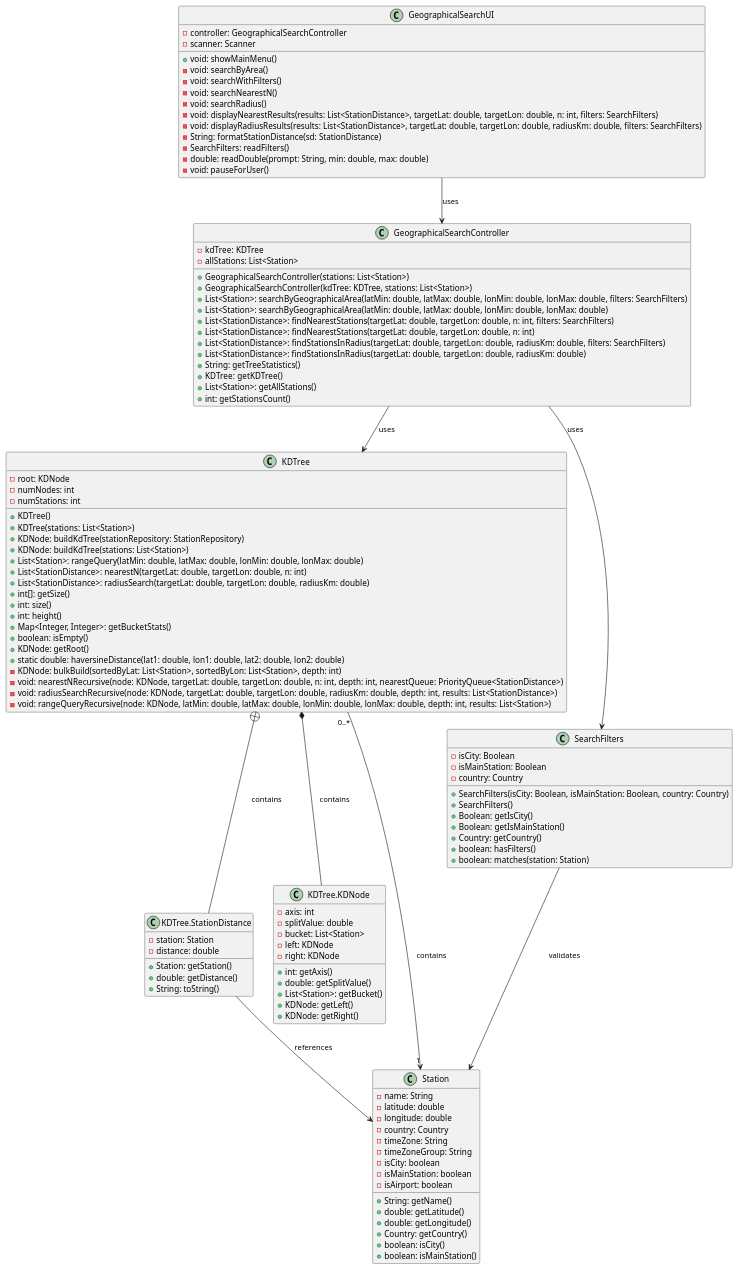
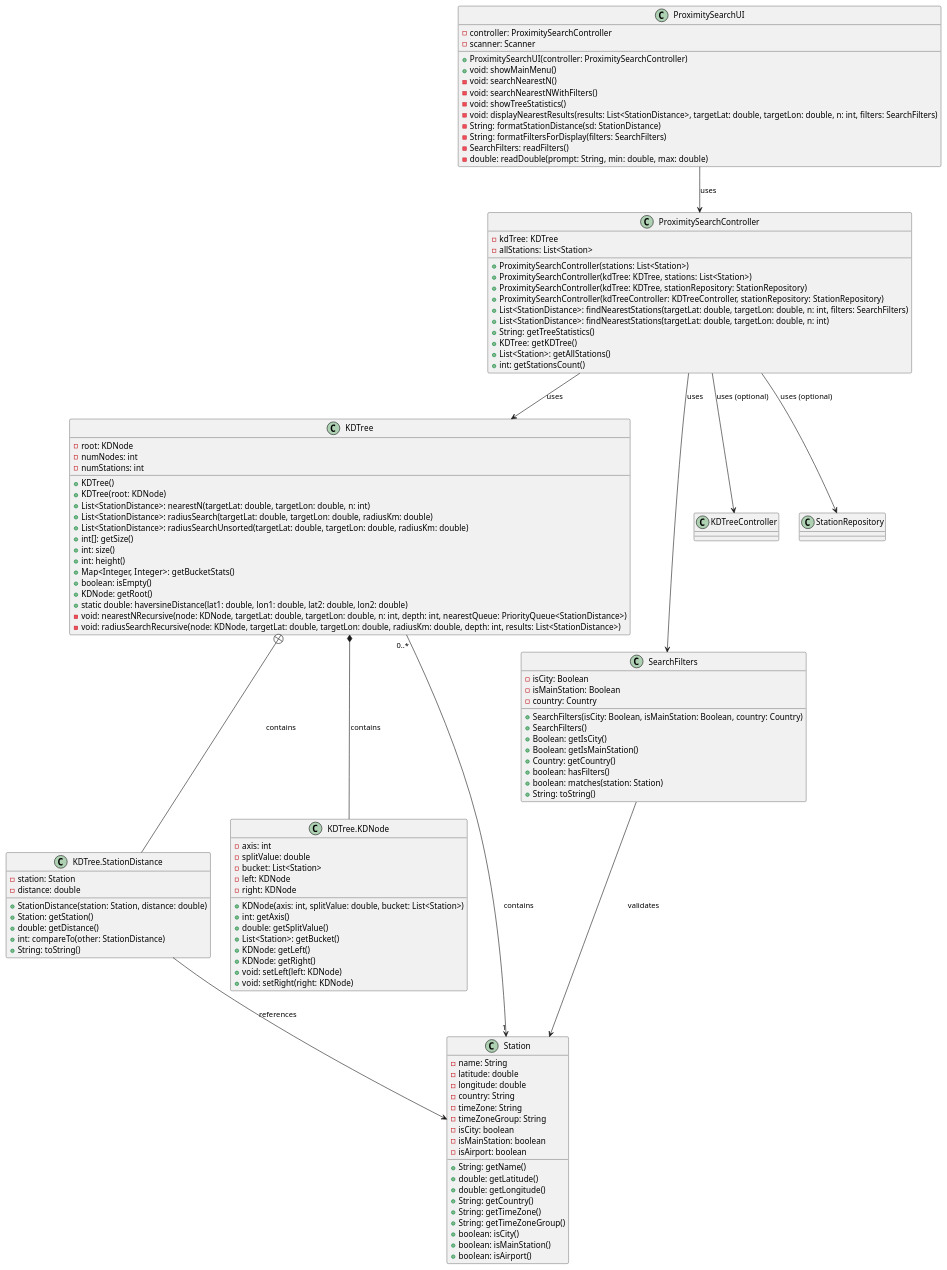
Before and after one commit to Andremonteiro1240850/RailwayNetwork: the diagram in doc/USEI09/ClassDiagram.puml, drawn with PlantUML. The commit also changed 5 other files, not shown here.

Commit message:
#29 #25 #30 Complexity and class diagrams

```diff
--- a/doc/USEI09/ClassDiagram.puml
+++ b/doc/USEI09/ClassDiagram.puml
@@ -1,133 +1,138 @@
 @startuml
 'https://plantuml.com/class-diagram
 
 ' --- Pacotes para organização ---
 
-class GeographicalSearchUI {
-    - controller: GeographicalSearchController
+class ProximitySearchUI {
+    - controller: ProximitySearchController
     - scanner: Scanner
+    + ProximitySearchUI(controller: ProximitySearchController)
     + void: showMainMenu()
-    - void: searchByArea()
-    - void: searchWithFilters()
     - void: searchNearestN()
-    - void: searchRadius()
+    - void: searchNearestNWithFilters()
+    - void: showTreeStatistics()
     - void: displayNearestResults(results: List<StationDistance>, targetLat: double, targetLon: double, n: int, filters: SearchFilters)
-    - void: displayRadiusResults(results: List<StationDistance>, targetLat: double, targetLon: double, radiusKm: double, filters: SearchFilters)
     - String: formatStationDistance(sd: StationDistance)
+    - String: formatFiltersForDisplay(filters: SearchFilters)
     - SearchFilters: readFilters()
     - double: readDouble(prompt: String, min: double, max: double)
-    - void: pauseForUser()
 }
 
 
-class GeographicalSearchController {
+class ProximitySearchController {
     - kdTree: KDTree
     - allStations: List<Station>
-    + GeographicalSearchController(stations: List<Station>)
-    + GeographicalSearchController(kdTree: KDTree, stations: List<Station>)
-    + List<Station>: searchByGeographicalArea(latMin: double, latMax: double, lonMin: double, lonMax: double, filters: SearchFilters)
-    + List<Station>: searchByGeographicalArea(latMin: double, latMax: double, lonMin: double, lonMax: double)
+    + ProximitySearchController(stations: List<Station>)
+    + ProximitySearchController(kdTree: KDTree, stations: List<Station>)
+    + ProximitySearchController(kdTree: KDTree, stationRepository: StationRepository)
+    + ProximitySearchController(kdTreeController: KDTreeController, stationRepository: StationRepository)
     + List<StationDistance>: findNearestStations(targetLat: double, targetLon: double, n: int, filters: SearchFilters)
     + List<StationDistance>: findNearestStations(targetLat: double, targetLon: double, n: int)
-    + List<StationDistance>: findStationsInRadius(targetLat: double, targetLon: double, radiusKm: double, filters: SearchFilters)
-    + List<StationDistance>: findStationsInRadius(targetLat: double, targetLon: double, radiusKm: double)
     + String: getTreeStatistics()
     + KDTree: getKDTree()
     + List<Station>: getAllStations()
     + int: getStationsCount()
 }
 
 
 class KDTree {
     - root: KDNode
     - numNodes: int
     - numStations: int
     + KDTree()
-    + KDTree(stations: List<Station>)
-    + KDNode: buildKdTree(stationRepository: StationRepository)
-    + KDNode: buildKdTree(stations: List<Station>)
-    + List<Station>: rangeQuery(latMin: double, latMax: double, lonMin: double, lonMax: double)
+    + KDTree(root: KDNode)
     + List<StationDistance>: nearestN(targetLat: double, targetLon: double, n: int)
     + List<StationDistance>: radiusSearch(targetLat: double, targetLon: double, radiusKm: double)
+    + List<StationDistance>: radiusSearchUnsorted(targetLat: double, targetLon: double, radiusKm: double)
     + int[]: getSize()
     + int: size()
     + int: height()
     + Map<Integer, Integer>: getBucketStats()
     + boolean: isEmpty()
     + KDNode: getRoot()
     + static double: haversineDistance(lat1: double, lon1: double, lat2: double, lon2: double)
-    - KDNode: bulkBuild(sortedByLat: List<Station>, sortedByLon: List<Station>, depth: int)
     - void: nearestNRecursive(node: KDNode, targetLat: double, targetLon: double, n: int, depth: int, nearestQueue: PriorityQueue<StationDistance>)
     - void: radiusSearchRecursive(node: KDNode, targetLat: double, targetLon: double, radiusKm: double, depth: int, results: List<StationDistance>)
-    - void: rangeQueryRecursive(node: KDNode, latMin: double, latMax: double, lonMin: double, lonMax: double, depth: int, results: List<Station>)
 }
 
 class "KDTree.StationDistance" as StationDistance {
     - station: Station
     - distance: double
+    + StationDistance(station: Station, distance: double)
     + Station: getStation()
     + double: getDistance()
+    + int: compareTo(other: StationDistance)
     + String: toString()
 }
 
 class "KDTree.KDNode" as KDNode {
     - axis: int
     - splitValue: double
     - bucket: List<Station>
     - left: KDNode
     - right: KDNode
+    + KDNode(axis: int, splitValue: double, bucket: List<Station>)
     + int: getAxis()
     + double: getSplitValue()
     + List<Station>: getBucket()
     + KDNode: getLeft()
     + KDNode: getRight()
+    + void: setLeft(left: KDNode)
+    + void: setRight(right: KDNode)
 }
 
 class Station {
     - name: String
     - latitude: double
     - longitude: double
-    - country: Country
+    - country: String
     - timeZone: String
     - timeZoneGroup: String
     - isCity: boolean
     - isMainStation: boolean
     - isAirport: boolean
     + String: getName()
     + double: getLatitude()
     + double: getLongitude()
-    + Country: getCountry()
+    + String: getCountry()
+    + String: getTimeZone()
+    + String: getTimeZoneGroup()
     + boolean: isCity()
     + boolean: isMainStation()
+    + boolean: isAirport()
 }
 
 class SearchFilters {
     - isCity: Boolean
     - isMainStation: Boolean
     - country: Country
     + SearchFilters(isCity: Boolean, isMainStation: Boolean, country: Country)
     + SearchFilters()
     + Boolean: getIsCity()
     + Boolean: getIsMainStation()
     + Country: getCountry()
     + boolean: hasFilters()
     + boolean: matches(station: Station)
+    + String: toString()
 }
 
 ' --- Relações ---
-GeographicalSearchUI --> GeographicalSearchController : uses
-GeographicalSearchController --> KDTree : uses
+ProximitySearchUI --> ProximitySearchController : uses
+ProximitySearchController --> KDTree : uses
+ProximitySearchController --> KDTreeController : uses (optional)
+ProximitySearchController --> StationRepository : uses (optional)
+ProximitySearchController --> SearchFilters : uses
 KDTree *-- KDNode : contains
 KDTree +-- StationDistance : contains
 KDTree "0..*" --> "1" Station : contains
 StationDistance --> Station : references
 SearchFilters --> Station : validates
-GeographicalSearchController --> SearchFilters : uses
 
-' Composição: KDTree contém KDNode e StationDistance (classes internas)
+' Composição: KDTree contém KDNode e StationDistance (classes internas estáticas)
 ' Cardinalidade: KDTree contém muitas Station através de KDNode buckets
-' StationDistance armazena uma Station com sua distância do ponto alvo
-' GeographicalSearchController usa KDTree para realizar buscas eficientes
-' SearchFilters permite filtrar resultados por país, cidade, estação principal
+' StationDistance armazena uma Station com sua distância do ponto alvo (Haversine)
+' ProximitySearchController usa KDTree (construída em USEI07) para realizar buscas de proximidade
+' SearchFilters permite filtrar resultados por país, cidade, estação principal (timezone)
+' ProximitySearchController pode ser construído a partir de KDTreeController (USEI07) ou KDTree diretamente
 
 @enduml
```
